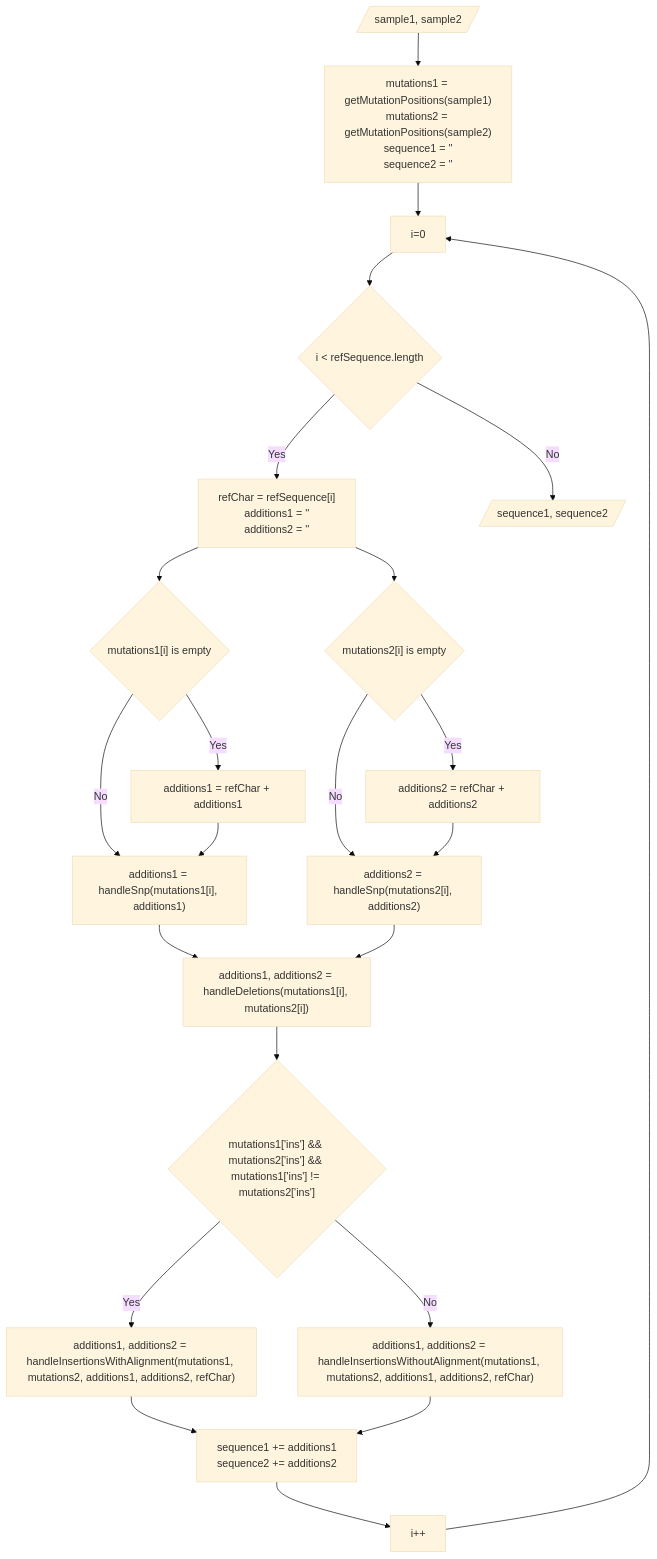
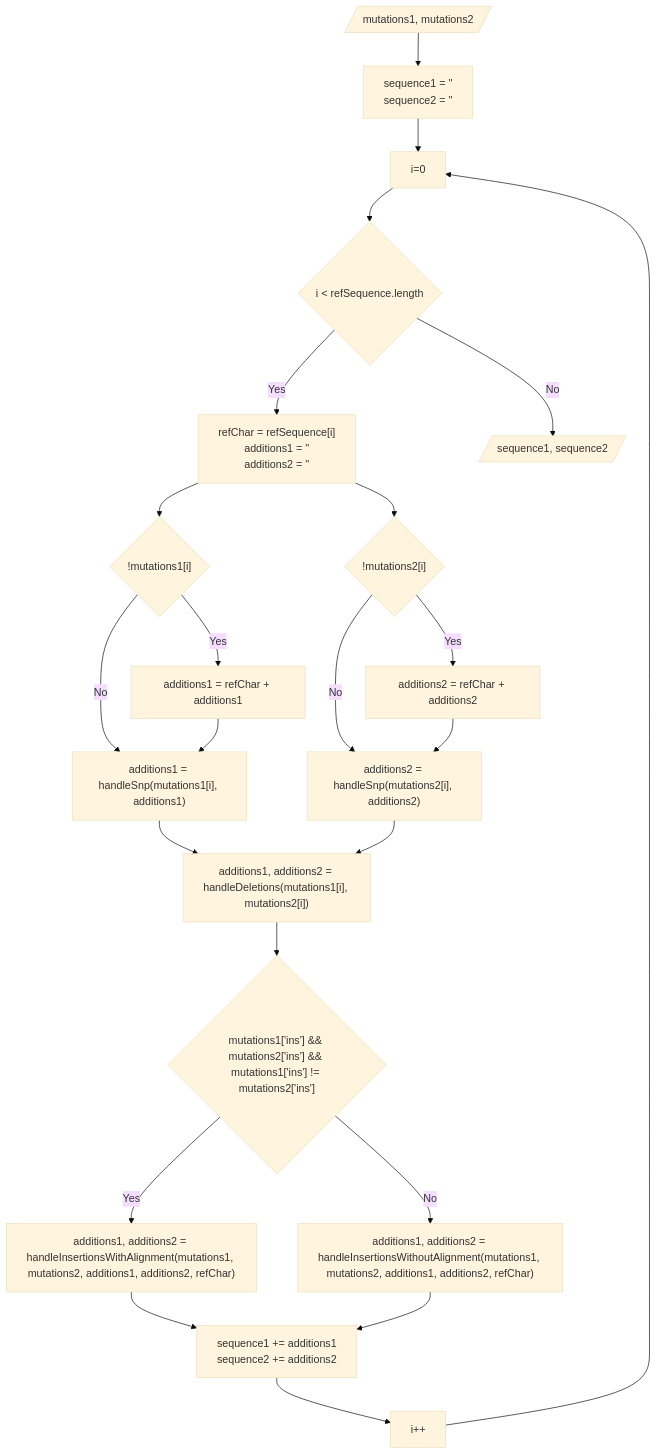
One commit to DiltheyLab/GENTRAIN changed the fourth of 13 diagrams in documentation/docs/developers/genomic_operations.md. Above: the diagram before and after it, drawn with Mermaid (base theme). The commit also changed other lines of this file and 2 other files, not shown here.

````diff
--- a/documentation/docs/developers/genomic_operations.md
+++ b/documentation/docs/developers/genomic_operations.md
@@ -163,28 +196,26 @@
 ```mermaid
 flowchart TB
-   Input@{ shape: lean-r, label: "sample1, sample2" } --> A
-   A["`mutations1 = getMutationPositions(sample1)
-        mutations2 = getMutationPositions(sample2)
-        sequence1 = ''
+   Input@{ shape: lean-r, label: "mutations1, mutations2" } --> A
+   A["`sequence1 = ''
         sequence2 = ''`"] --> B
     B[i=0] --> C{i < refSequence.length} -->|Yes| D
     D["`refChar = refSequence[i]
     additions1 = ''
     additions2 = ''`"] --> E
     D --> F
-    E{"`mutations1[i] is empty`"} -->|Yes| G
-    F{"`mutations2[i] is empty`"} -->|Yes| H
+    E{"`!mutations1[i]`"} -->|Yes| G
+    F{"`!mutations2[i]`"} -->|Yes| H
     E -->|No| I
     F -->|No| J
     G[additions1 = refChar + additions1] --> I
     H[additions2 = refChar + additions2] --> J
     I["`additions1 = handleSnp(mutations1[i], additions1)`"] --> K
     J["`additions2 = handleSnp(mutations2[i], additions2)`"] --> K
     K["`additions1, additions2 = handleDeletions(mutations1[i], mutations2[i])`"] --> L
     L{"`mutations1['ins'] && mutations2['ins'] && mutations1['ins'] != mutations2['ins']`"} -->|Yes| M["`additions1, additions2 = handleInsertionsWithAlignment(mutations1, mutations2, additions1, additions2, refChar)`"] --> O
     L -->|No| N["`additions1, additions2 = handleInsertionsWithoutAlignment(mutations1, mutations2, additions1, additions2, refChar)`"] --> O
     O["`sequence1 += additions1
     sequence2 += additions2`"] --> X
     X[i++] --> B
     C -->|No| Output@{ shape: lean-r, label: "sequence1, sequence2" }
 ```
````
